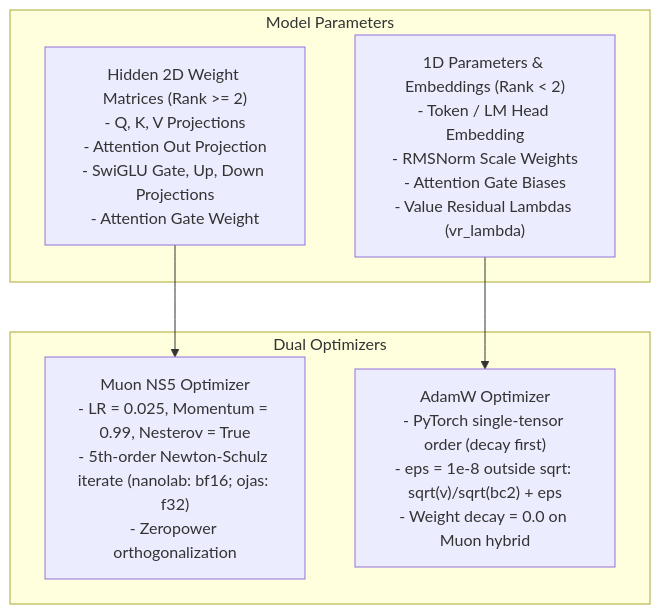
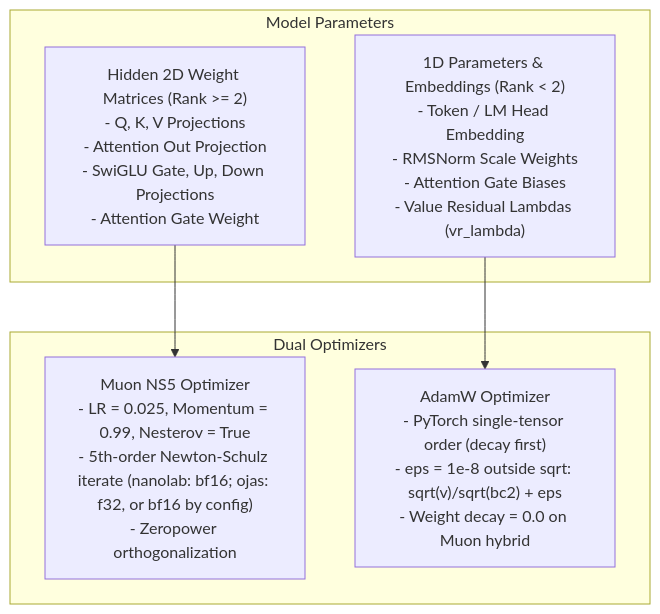
Before and after one commit to bharathvbcr/ojas: the second of 3 diagrams in docs/op-coverage.md, drawn with Mermaid. The commit also changed other lines of this file and 36 other files, not shown here.

````diff
--- a/docs/op-coverage.md
+++ b/docs/op-coverage.md
@@ -62,15 +62,15 @@
 ```mermaid
 flowchart TD
     subgraph ModelWeights["Model Parameters"]
         HiddenMat["Hidden 2D Weight Matrices (Rank >= 2)\n- Q, K, V Projections\n- Attention Out Projection\n- SwiGLU Gate, Up, Down Projections\n- Attention Gate Weight"]
         OneD["1D Parameters & Embeddings (Rank < 2)\n- Token / LM Head Embedding\n- RMSNorm Scale Weights\n- Attention Gate Biases\n- Value Residual Lambdas (vr_lambda)"]
     end
 
     subgraph Optimizers["Dual Optimizers"]
-        Muon["Muon NS5 Optimizer\n- LR = 0.025, Momentum = 0.99, Nesterov = True\n- 5th-order Newton-Schulz iterate (nanolab: bf16; ojas: f32)\n- Zeropower orthogonalization"]
+        Muon["Muon NS5 Optimizer\n- LR = 0.025, Momentum = 0.99, Nesterov = True\n- 5th-order Newton-Schulz iterate (nanolab: bf16; ojas: f32, or bf16 by config)\n- Zeropower orthogonalization"]
         AdamW["AdamW Optimizer\n- PyTorch single-tensor order (decay first)\n- eps = 1e-8 outside sqrt: sqrt(v)/sqrt(bc2) + eps\n- Weight decay = 0.0 on Muon hybrid"]
     end
 
     HiddenMat --> Muon
     OneD --> AdamW
 ```
````
